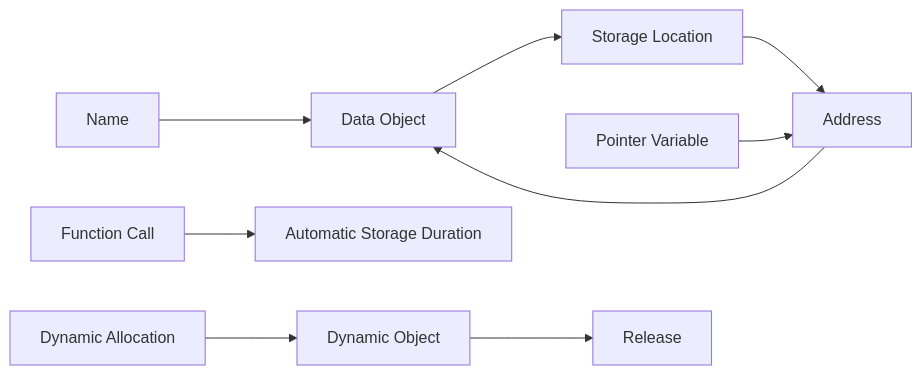
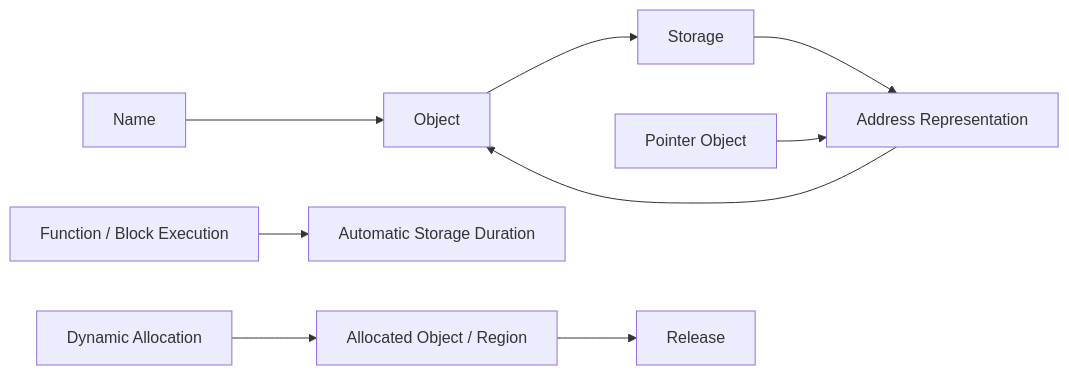
One commit to inred329/summer_pre_course_2026 changed the third of 4 diagrams in design/03-programming-domain-model.en.md. Above: the diagram before and after it, drawn with Mermaid. The commit also changed other lines of this file and 104 other files, not shown here.

````diff
--- a/design/03-programming-domain-model.en.md
+++ b/design/03-programming-domain-model.en.md
@@ -141,11 +148,11 @@
 ```mermaid
 flowchart LR
-    NAME[Name] --> OBJ[Data Object]
-    OBJ --> LOC[Storage Location]
-    LOC --> ADDR[Address]
-    PTR[Pointer Variable] --> ADDR
+    NAME[Name] --> OBJ[Object]
+    OBJ --> LOC[Storage]
+    LOC --> ADDR[Address Representation]
+    PTR[Pointer Object] --> ADDR
     ADDR --> OBJ
-    CALL[Function Call] --> AUTO[Automatic Storage Duration]
-    ALLOC[Dynamic Allocation] --> DYN[Dynamic Object]
+    CALL[Function / Block Execution] --> AUTO[Automatic Storage Duration]
+    ALLOC[Dynamic Allocation] --> DYN[Allocated Object / Region]
     DYN --> RELEASE[Release]
 ```
````
